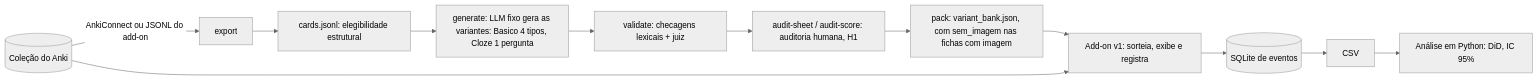
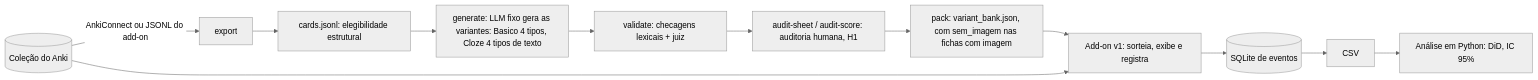
One commit to gabrielcarvalhoavila/tcc-dfc-anki changed the diagram in docs/arquitetura.md. Above: the diagram before and after it, drawn with Mermaid (neutral theme). The commit also changed other lines of this file and 10 other files, not shown here.

Commit message:
protocolo v1.3: Cloze com cinco tipos de variante (paraphrase, reorder, cue_swap, pergunta e sem_imagem); prompts gen-v3 e judge-v3; validacao do reorder pela ordem das palavras e marcadores fora de ordem so nele; 125 testes, 16 com o motor real

````diff
--- a/docs/arquitetura.md
+++ b/docs/arquitetura.md
@@ -7,13 +7,13 @@
 ```mermaid
 flowchart LR
   A[(Coleção do Anki)] -->|AnkiConnect ou JSONL do add-on| B[export]
   B --> C[cards.jsonl: elegibilidade estrutural]
-  C --> D[generate: LLM fixo gera as variantes: Basico 4 tipos, Cloze 1 pergunta]
+  C --> D[generate: LLM fixo gera as variantes: Basico 4 tipos, Cloze 4 tipos de texto]
   D --> E[validate: checagens lexicais + juiz]
   E --> F[audit-sheet / audit-score: auditoria humana, H1]
   F --> G[pack: variant_bank.json, com sem_imagem nas fichas com imagem]
   G --> H[Add-on v1: sorteia, exibe e registra]
   A --> H
   H --> I[(SQLite de eventos)]
   I --> J[CSV] --> K[Análise em Python: DiD, IC 95%]
 ```
````
